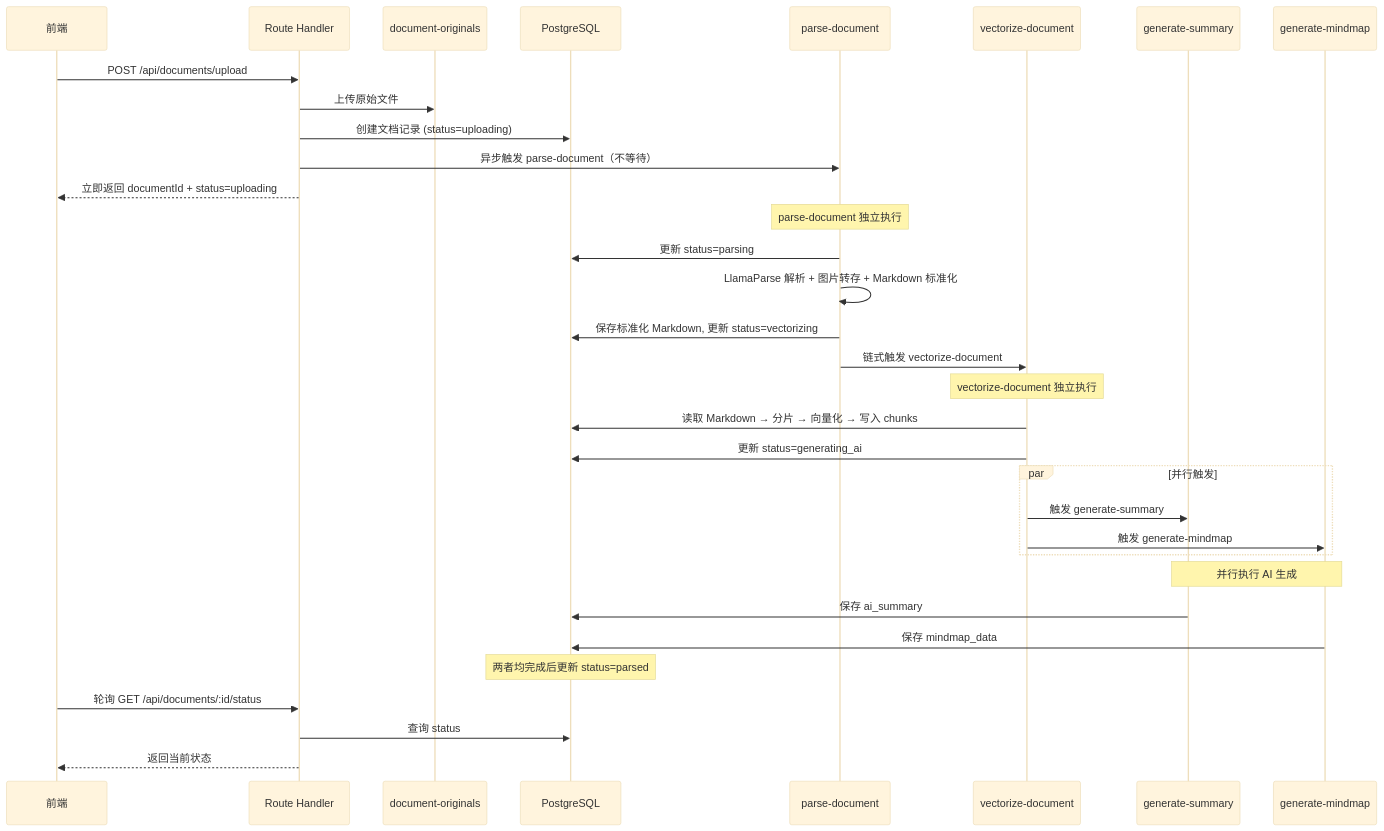
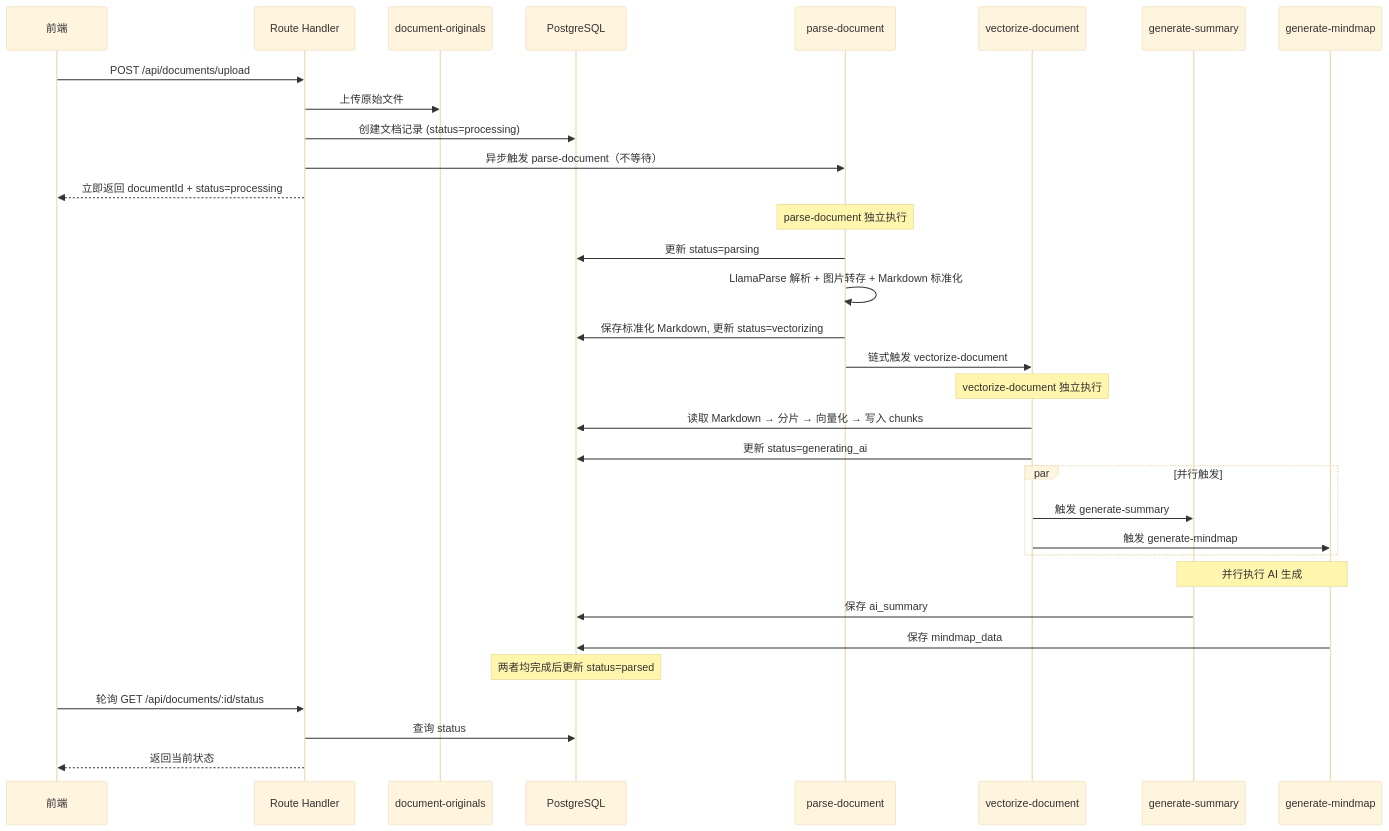
The eighth of 9 diagrams in .kiro/specs/noter-document-management/design.md (Jett191/noter), drawn with Mermaid (base theme) before and after one commit. The commit also changed other lines of this file, not shown here.

````diff
--- a/.kiro/specs/noter-document-management/design.md
+++ b/.kiro/specs/noter-document-management/design.md
@@ -772,40 +778,40 @@
 ```mermaid
 sequenceDiagram
     participant FE as 前端
     participant API as Route Handler
     participant S3 as document-originals
     participant DB as PostgreSQL
     participant EF1 as parse-document
     participant EF2 as vectorize-document
     participant EF3 as generate-summary
     participant EF4 as generate-mindmap
 
     FE->>API: POST /api/documents/upload
     API->>S3: 上传原始文件
-    API->>DB: 创建文档记录 (status=uploading)
+    API->>DB: 创建文档记录 (status=processing)
     API->>EF1: 异步触发 parse-document（不等待）
-    API-->>FE: 立即返回 documentId + status=uploading
+    API-->>FE: 立即返回 documentId + status=processing
 
     Note over EF1: parse-document 独立执行
     EF1->>DB: 更新 status=parsing
     EF1->>EF1: LlamaParse 解析 + 图片转存 + Markdown 标准化
     EF1->>DB: 保存标准化 Markdown, 更新 status=vectorizing
     EF1->>EF2: 链式触发 vectorize-document
 
     Note over EF2: vectorize-document 独立执行
     EF2->>DB: 读取 Markdown → 分片 → 向量化 → 写入 chunks
     EF2->>DB: 更新 status=generating_ai
     par 并行触发
         EF2->>EF3: 触发 generate-summary
         EF2->>EF4: 触发 generate-mindmap
     end
 
     Note over EF3,EF4: 并行执行 AI 生成
     EF3->>DB: 保存 ai_summary
     EF4->>DB: 保存 mindmap_data
     Note over DB: 两者均完成后更新 status=parsed
 
     FE->>API: 轮询 GET /api/documents/:id/status
     API->>DB: 查询 status
     API-->>FE: 返回当前状态
 ```
````
